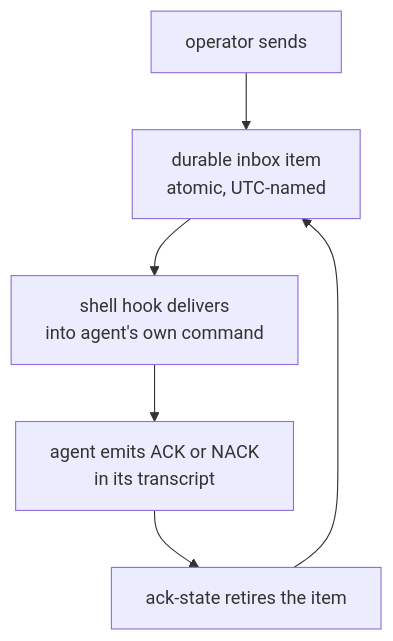
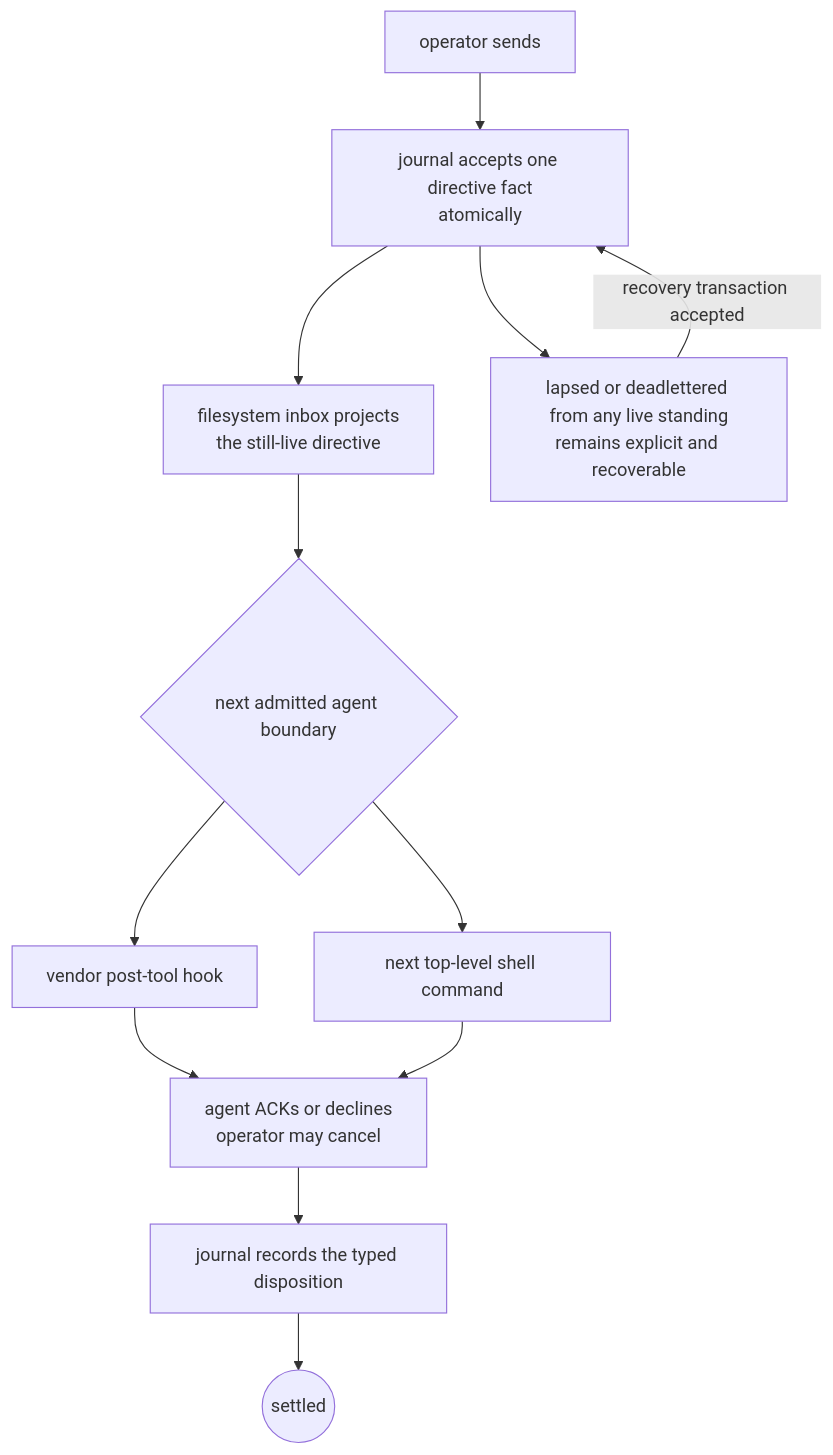
The second of 25 diagrams in docs/product/value.md (infimalabs/spice-rust), drawn with Mermaid before and after one commit. The commit also changed other lines of this file and 71 other files, not shown here.

````diff
--- a/docs/product/value.md
+++ b/docs/product/value.md
@@ -39,8 +41,14 @@
 ```mermaid
 flowchart TD
-  O["operator sends"] --> F["durable inbox item<br/>atomic, UTC-named"]
-  F --> H["shell hook delivers<br/>into agent's own command"]
-  H --> K["agent emits ACK or NACK<br/>in its transcript"]
-  K --> R["ack-state retires the item"]
-  R --> F
+  O["operator sends"] --> J["journal accepts one directive fact<br/>atomically"]
+  J --> F["filesystem inbox projects<br/>the still-live directive"]
+  F --> B{"next admitted agent boundary"}
+  B --> V["vendor post-tool hook"]
+  B --> S["next top-level shell command"]
+  V --> K["agent ACKs or declines<br/>operator may cancel"]
+  S --> K
+  K --> T["journal records the typed disposition"]
+  T --> E(("settled"))
+  J --> D["lapsed or deadlettered from any live standing<br/>remains explicit and recoverable"]
+  D -->|"recovery transaction accepted"| J
 ```
````
